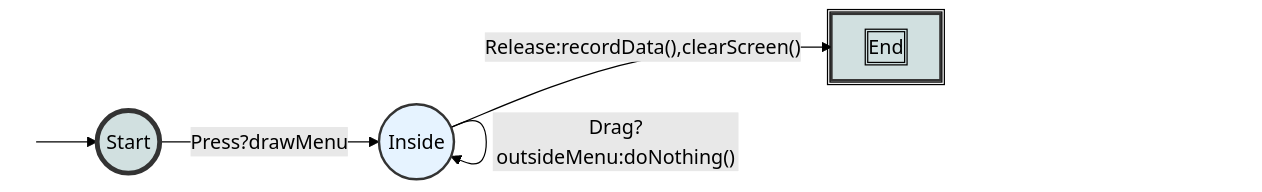
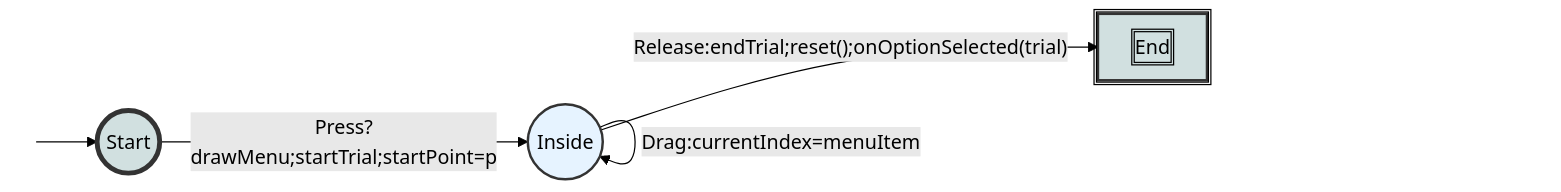
One commit to jmankoff/interaction changed the diagram in assignments/menus.md. Above: the diagram before and after it, drawn with Mermaid (forest theme). The commit also changed other lines of this file and 1 other file, not shown here.

```diff
--- a/assignments/menus.md
+++ b/assignments/menus.md
@@ -95,19 +154,17 @@
 <div class="mermaid">
 graph LR
 S((.)) --> A((Start))
-A -- "Press?drawMenu" --> I((Inside))
-I -- "Release:recordData(),clearScreen()" --> E[End]
-I -- "Drag?insideMenu:updateCurrentIndex();highlightSelected()" --> I
-I -- "Drag?outsideMenu:doNothing()" --> I
+A -- "Press?drawMenu;startTrial;startPoint=p" --> I((Inside))
+I -- "Release:endTrial;reset();onOptionSelected(trial)" --> E[End]
+I -- "Drag:currentIndex=menuItem" --> I
 
 classDef finish outline-style:double,fill:#d1e0e0,stroke:#333,stroke-width:2px;
 classDef normal fill:#e6f3ff,stroke:#333,stroke-width:2px;
 classDef start fill:#d1e0e0,stroke:#333,stroke-width:4px;
 classDef invisible fill:#FFFFFF,stroke:#FFFFFF,color:#FFFFFF
 
 class S invisible
 class A start
 class E finish
 class I normal
-
 </div>
```
